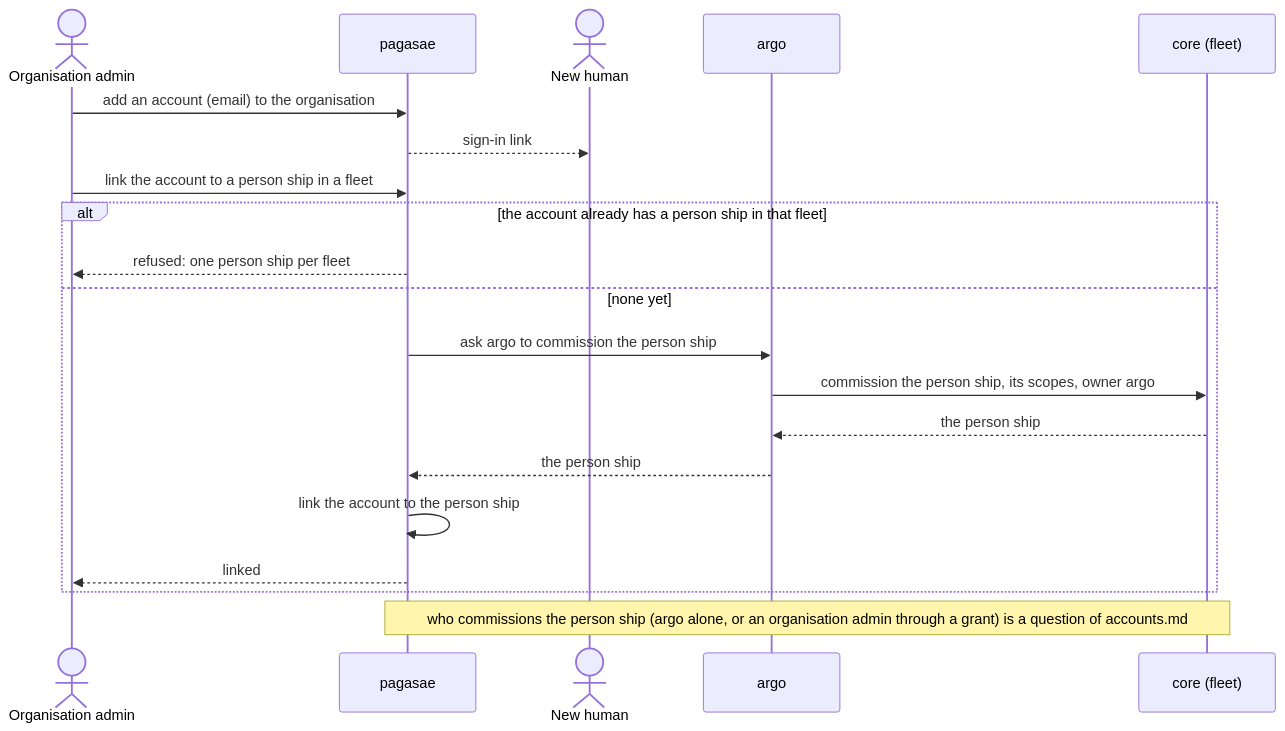
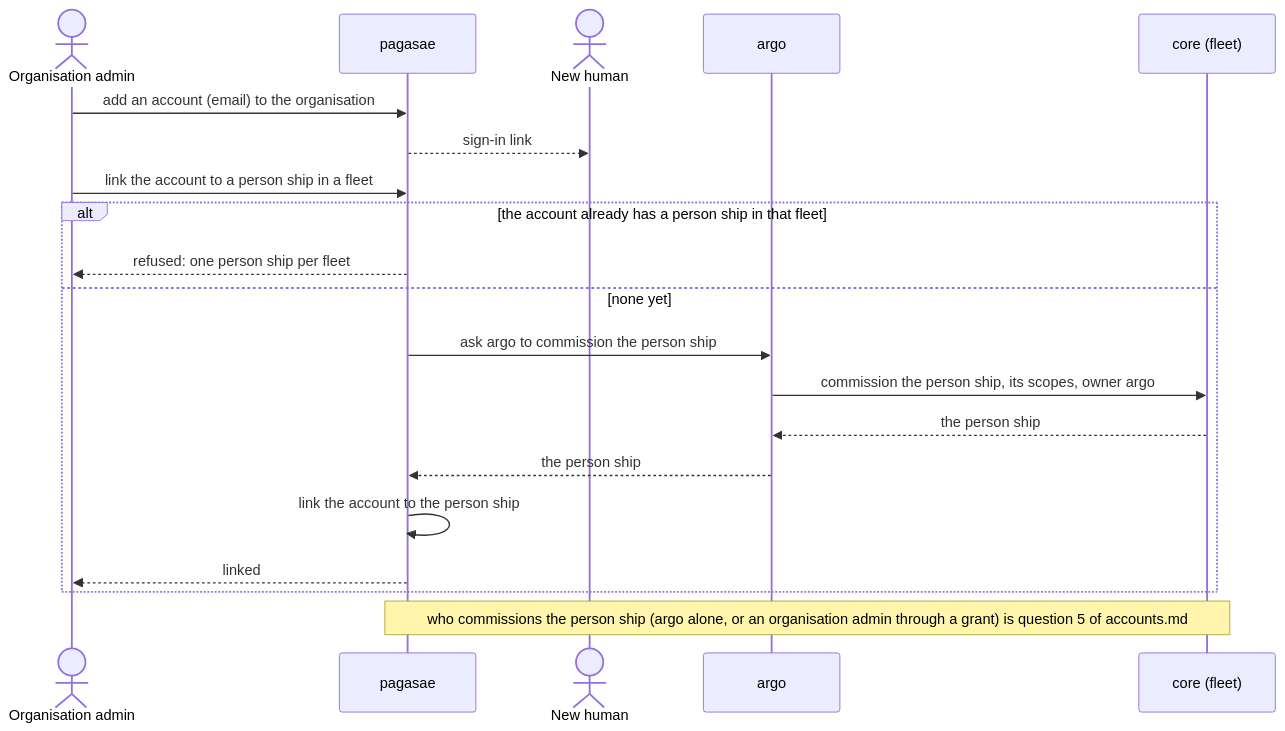
One commit to ThomasHendrickx/aeolus-fleet changed the ninth of 11 diagrams in docs/design/accounts/domain-model.md. Above: the diagram before and after it, drawn with Mermaid. The commit also changed other lines of this file and 1 other file, not shown here.

First line of the commit message:
docs(design): gaps and questions in the domain language; outside MCP server and client flows apart

````diff
--- a/docs/design/accounts/domain-model.md
+++ b/docs/design/accounts/domain-model.md
@@ -637,22 +637,22 @@
 ```mermaid
 sequenceDiagram
   actor OA as Organisation admin
   participant P as pagasae
   actor H as New human
   participant A as argo
   participant C as core (fleet)
   OA->>P: add an account (email) to the organisation
   P-->>H: sign-in link
   OA->>P: link the account to a person ship in a fleet
   alt the account already has a person ship in that fleet
     P-->>OA: refused: one person ship per fleet
   else none yet
     P->>A: ask argo to commission the person ship
     A->>C: commission the person ship, its scopes, owner argo
     C-->>A: the person ship
     A-->>P: the person ship
     P->>P: link the account to the person ship
     P-->>OA: linked
   end
-  Note over P,C: who commissions the person ship (argo alone, or an organisation admin through a grant) is a question of accounts.md
+  Note over P,C: who commissions the person ship (argo alone, or an organisation admin through a grant) is question 5 of accounts.md
 ```
````
